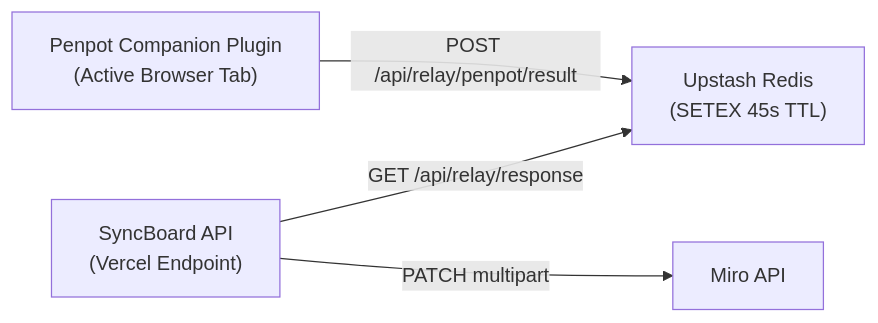
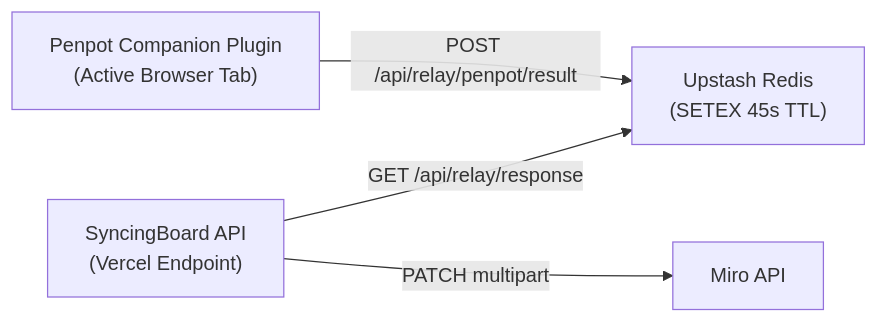
The second of 2 diagrams in doc/architecture/infrastructure-and-costs.md (luismichio/syncboard), drawn with Mermaid before and after one commit. The commit also changed other lines of this file and 62 other files, not shown here.

Commit message:
refactor(brand): migrate project, assets, storage keys, and domains to SyncingBoard

````diff
--- a/doc/architecture/infrastructure-and-costs.md
+++ b/doc/architecture/infrastructure-and-costs.md
@@ -32,11 +32,11 @@
 ```mermaid
 graph LR
   penpot["Penpot Companion Plugin<br/>(Active Browser Tab)"]
   redis["Upstash Redis<br/>(SETEX 45s TTL)"]
-  sbApi["SyncBoard API<br/>(Vercel Endpoint)"]
+  sbApi["SyncingBoard API<br/>(Vercel Endpoint)"]
   miroApi["Miro API"]
 
   penpot -->|"POST /api/relay/penpot/result"| redis
   sbApi -->|"GET /api/relay/response"| redis
   sbApi -->|"PATCH multipart"| miroApi
 ```
````
